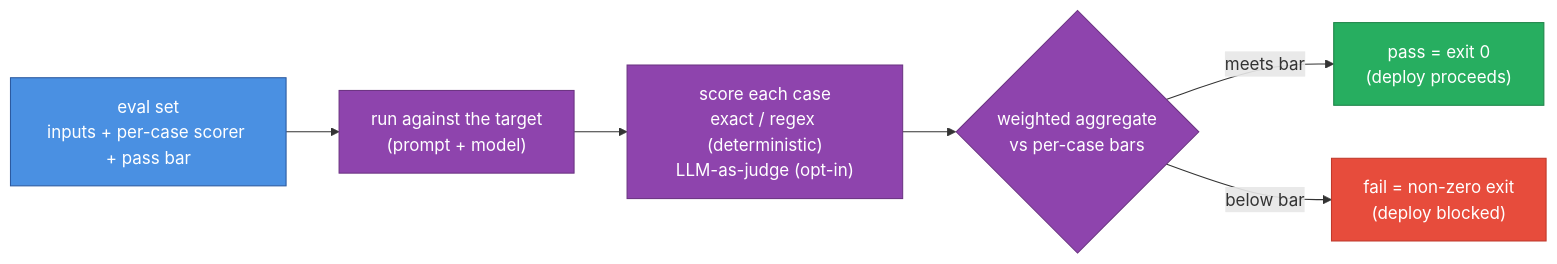
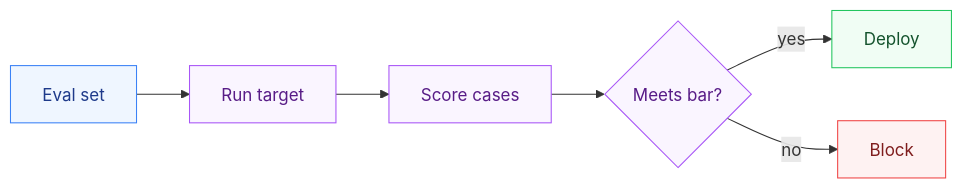
Before and after one commit to parag-labs/eval-forge: the diagram in README.md, drawn with Mermaid.

Commit message:
Simplify the README diagram: short labels, softer palette

````diff
--- a/README.md
+++ b/README.md
@@ -55,16 +55,16 @@
 ```mermaid
 flowchart LR
-  classDef proc fill:#4a90e2,stroke:#2c5aa0,color:#fff
-  classDef good fill:#27ae60,stroke:#1e8449,color:#fff
-  classDef bad fill:#e74c3c,stroke:#c0392b,color:#fff
-  classDef work fill:#8e44ad,stroke:#6c3483,color:#fff
-  ES["eval set<br/>inputs + per-case scorer + pass bar"]:::proc
-  RUN["run against the target<br/>(prompt + model)"]:::work
-  SCORE["score each case<br/>exact / regex (deterministic)<br/>LLM-as-judge (opt-in)"]:::work
-  AGG{"weighted aggregate<br/>vs per-case bars"}:::work
-  PASS["pass = exit 0<br/>(deploy proceeds)"]:::good
-  FAIL["fail = non-zero exit<br/>(deploy blocked)"]:::bad
+  classDef proc fill:#eff6ff,stroke:#3b82f6,color:#1e3a8a
+  classDef good fill:#f0fdf4,stroke:#22c55e,color:#14532d
+  classDef bad fill:#fef2f2,stroke:#ef4444,color:#7f1d1d
+  classDef work fill:#faf5ff,stroke:#a855f7,color:#581c87
+  ES["Eval set"]:::proc
+  RUN["Run target"]:::work
+  SCORE["Score cases"]:::work
+  AGG{"Meets bar?"}:::work
+  PASS["Deploy"]:::good
+  FAIL["Block"]:::bad
   ES --> RUN --> SCORE --> AGG
-  AGG -->|meets bar| PASS
-  AGG -->|below bar| FAIL
+  AGG -->|yes| PASS
+  AGG -->|no| FAIL
 ```
````
